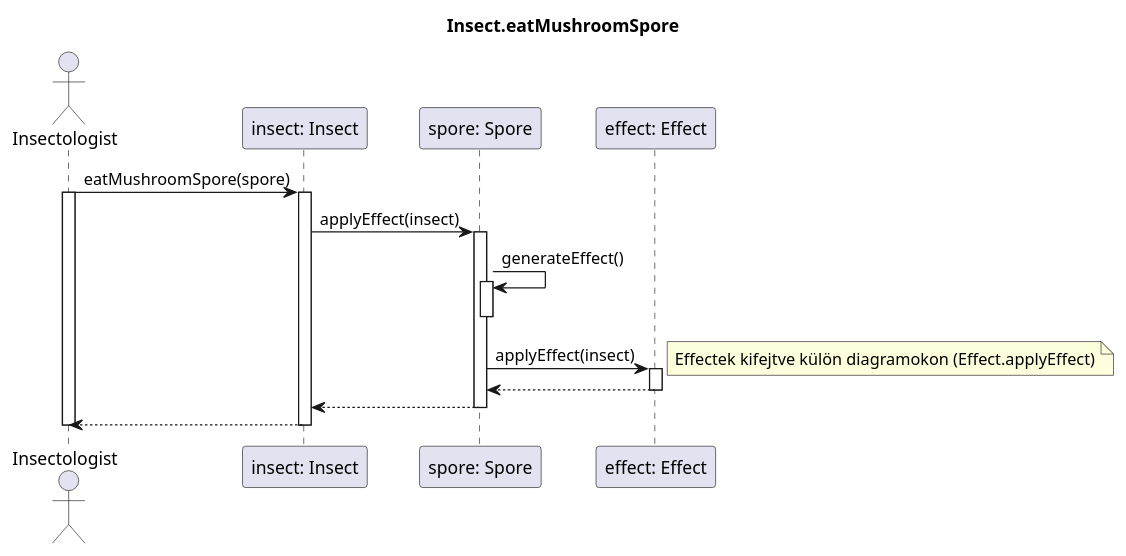
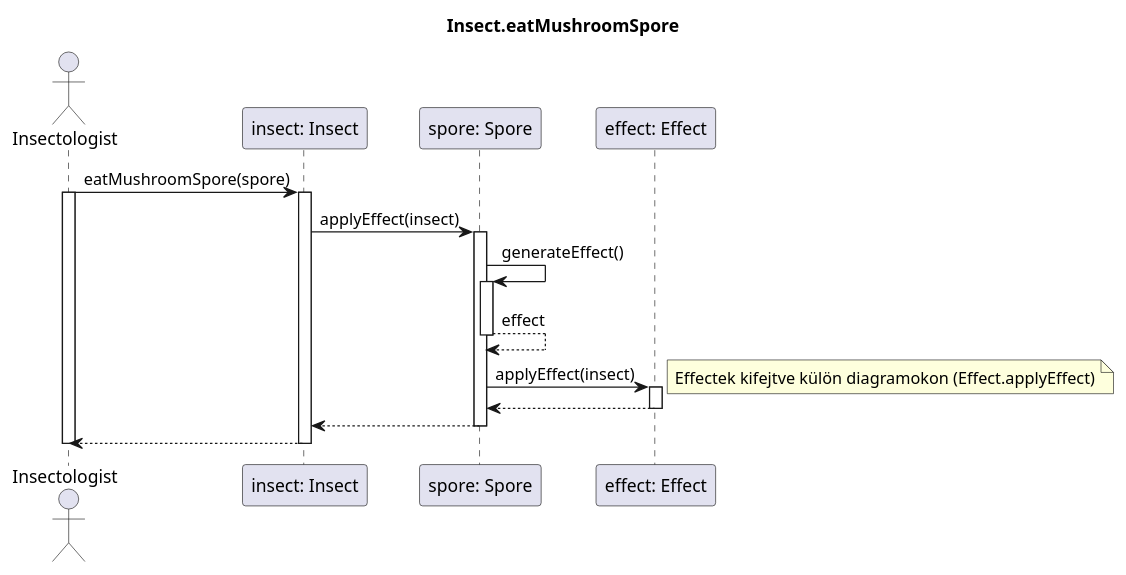
The diagram in diagrams/sequence/insect/eatMushroomSpore.plantuml (dzsem/projlab), drawn with PlantUML before and after one commit. The commit also changed 6 other files, not shown here.

Commit message:
Added references to tecton and cutting related diagrams

```diff
--- a/diagrams/sequence/insect/eatMushroomSpore.plantuml
+++ b/diagrams/sequence/insect/eatMushroomSpore.plantuml
@@ -1,34 +1,36 @@
 @startuml SporeEating
 title Insect.eatMushroomSpore
 
 actor "Insectologist" as insectologist  
 participant "insect: Insect" as insect
 participant "spore: Spore" as spore
 participant "effect: Effect" as effect
 
 insectologist -> insect: eatMushroomSpore(spore)
 activate insectologist
 activate insect
     
 insect->spore : applyEffect(insect)
 activate spore
 
 spore->spore : generateEffect()
 activate spore
+
+spore-->spore: effect
 deactivate spore
 
 spore ->effect : applyEffect(insect)
 activate effect
 note right: Effectek kifejtve külön diagramokon (Effect.applyEffect)
 
 spore <-- effect
 deactivate effect
 
 insect <-- spore
 deactivate spore
 
 insectologist <-- insect
 deactivate insect
 deactivate insectologist
 
 @enduml
```
